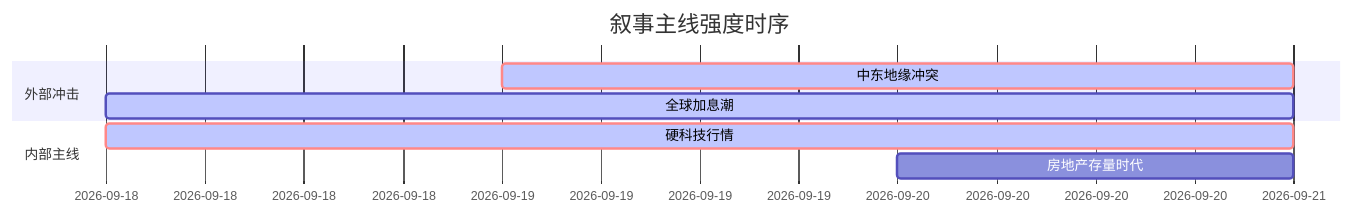
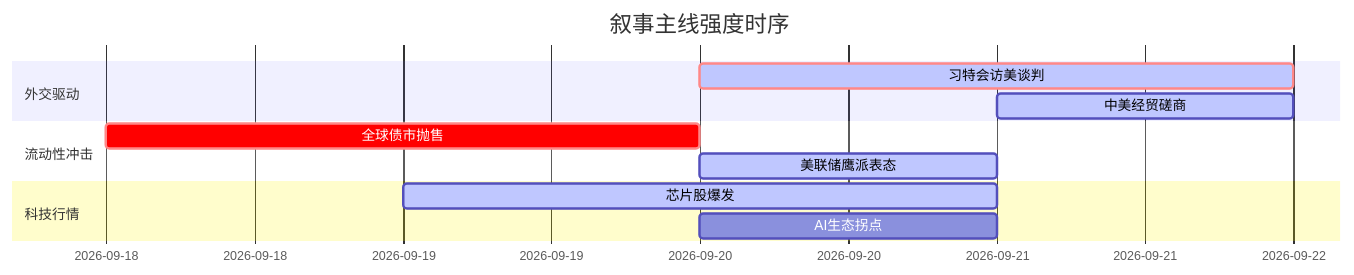
The diagram in 5day_report.md (uu5zn/uu5zn.github.io), drawn with Mermaid before and after one commit. The commit also changed other lines of this file and 22 other files, not shown here.

````diff
--- a/5day_report.md
+++ b/5day_report.md
@@ -61,12 +58,16 @@
 ```mermaid
 gantt
     title 叙事主线强度时序
     dateFormat YYYY-MM-DD
-    section 外部冲击
-    中东地缘冲突   :crit, active, 2026-09-19, 2d
-    全球加息潮     :active, 2026-09-18, 3d
+    section 外交驱动
+    习特会访美谈判   :crit, active, 2026-09-20, 2d
+    中美经贸磋商   :active, 2026-09-21, 1d
     
-    section 内部主线
-    硬科技行情     :crit, active, 2026-09-18, 3d
-    房地产存量时代 :2026-09-20, 1d
+    section 流动性冲击
+    全球债市抛售   :crit, 2026-09-18, 2d
+    美联储鹰派表态   :active, 2026-09-20, 1d
+    
+    section 科技行情
+    芯片股爆发   :active, 2026-09-19, 2d
+    AI生态拐点   :2026-09-20, 1d
 ```
````
